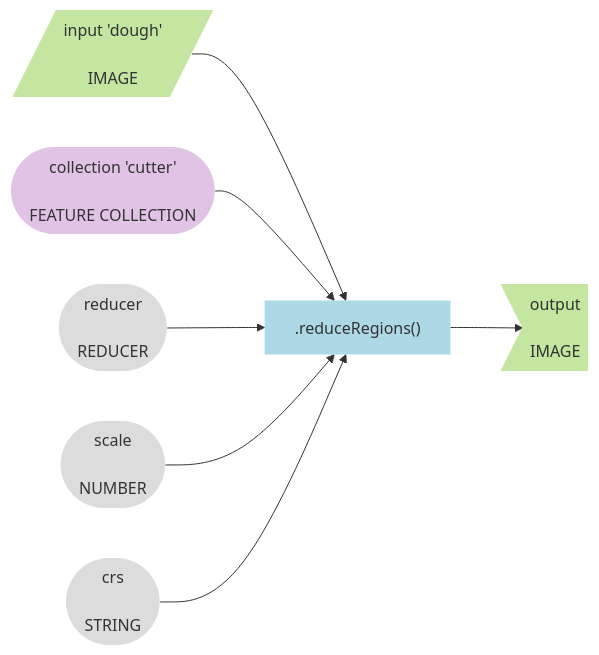
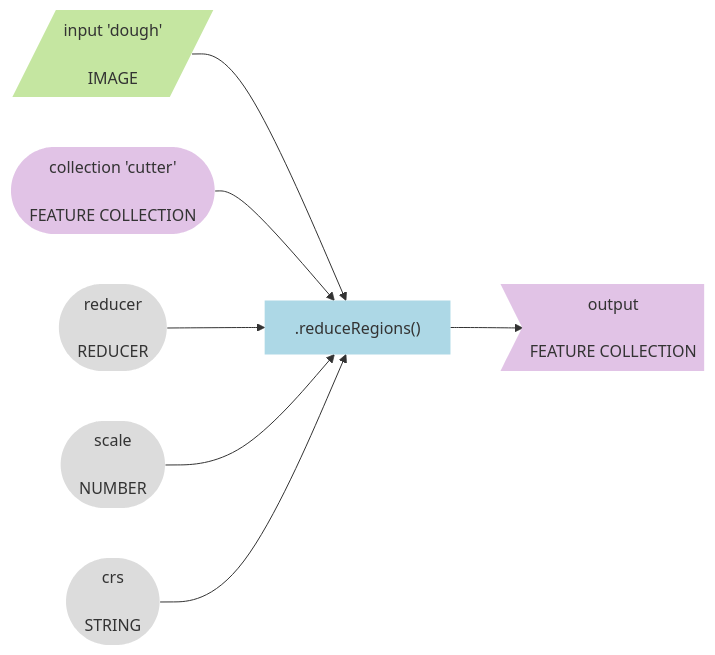
One commit to jeffhowarth/eeprimer changed diagram 12 of 19 in src/workflows/grassland_bird_habitat.md. Above: the diagram before and after it, drawn with Mermaid. The commit also changed other lines of this file and 8 other files, not shown here.

````diff
--- a/src/workflows/grassland_bird_habitat.md
+++ b/src/workflows/grassland_bird_habitat.md
@@ -534,17 +706,17 @@
 ``` mermaid
 graph LR
   input[/"input 'dough'"\n\nIMAGE/] --> method1[".reduceRegions()"] ;
   arg_att1(["collection 'cutter'"\n\nFEATURE COLLECTION]) --> method1;
   arg_att2([reducer\n\nREDUCER]) --> method1;
   arg_att3([scale\n\nNUMBER]) --> method1;
   arg_att4([crs\n\nSTRING]) --> method1;
-  method1 --> output>output\n\nIMAGE];
+  method1 --> output>output\n\nFEATURE COLLECTION];
 
   style input fill:#C5E6A1,stroke-width:0px
   style method1 fill:#ADD8E6,stroke-width:0px
-  style output fill:#C5E6A1,stroke-width:0px
+  style output fill:#E1C3E6,stroke-width:0px
   style arg_att1 fill:#E1C3E6,stroke-width:0px
   style arg_att2 fill:#DCDCDC,stroke-width:0px
   style arg_att3 fill:#DCDCDC,stroke-width:0px
   style arg_att4 fill:#DCDCDC,stroke-width:0px
 ```
````
